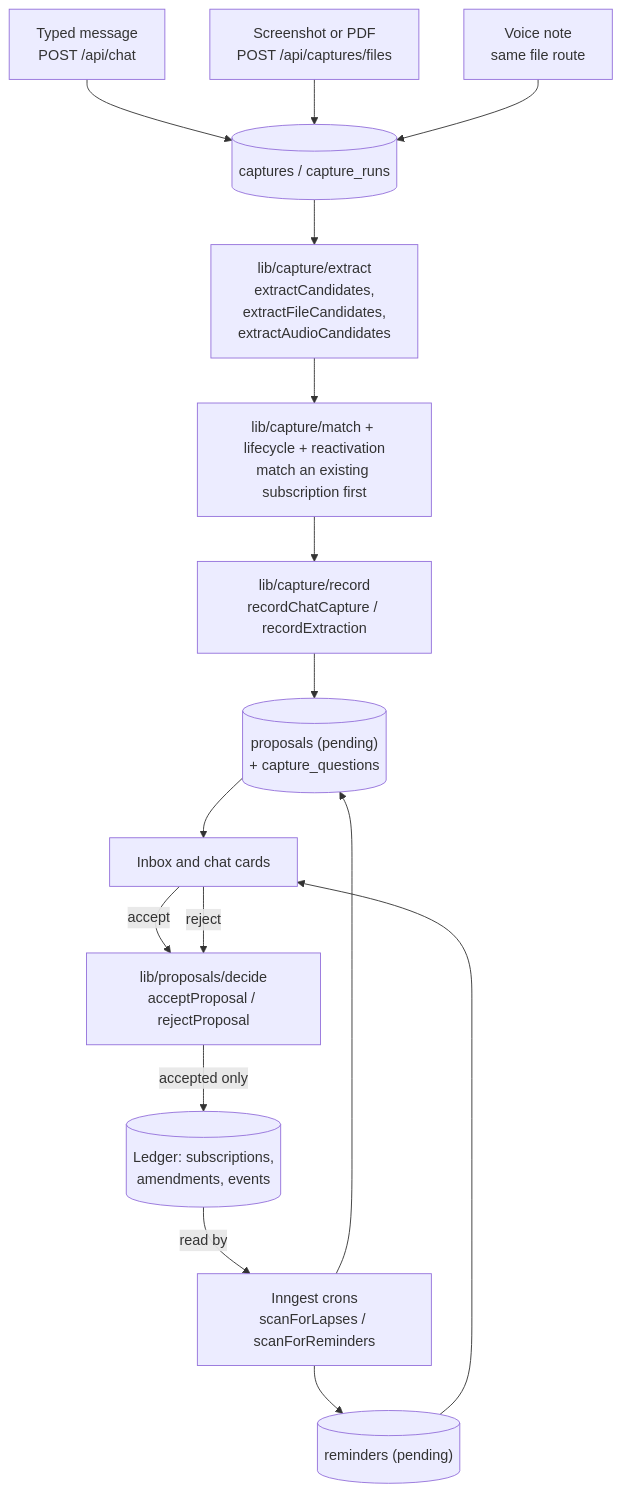
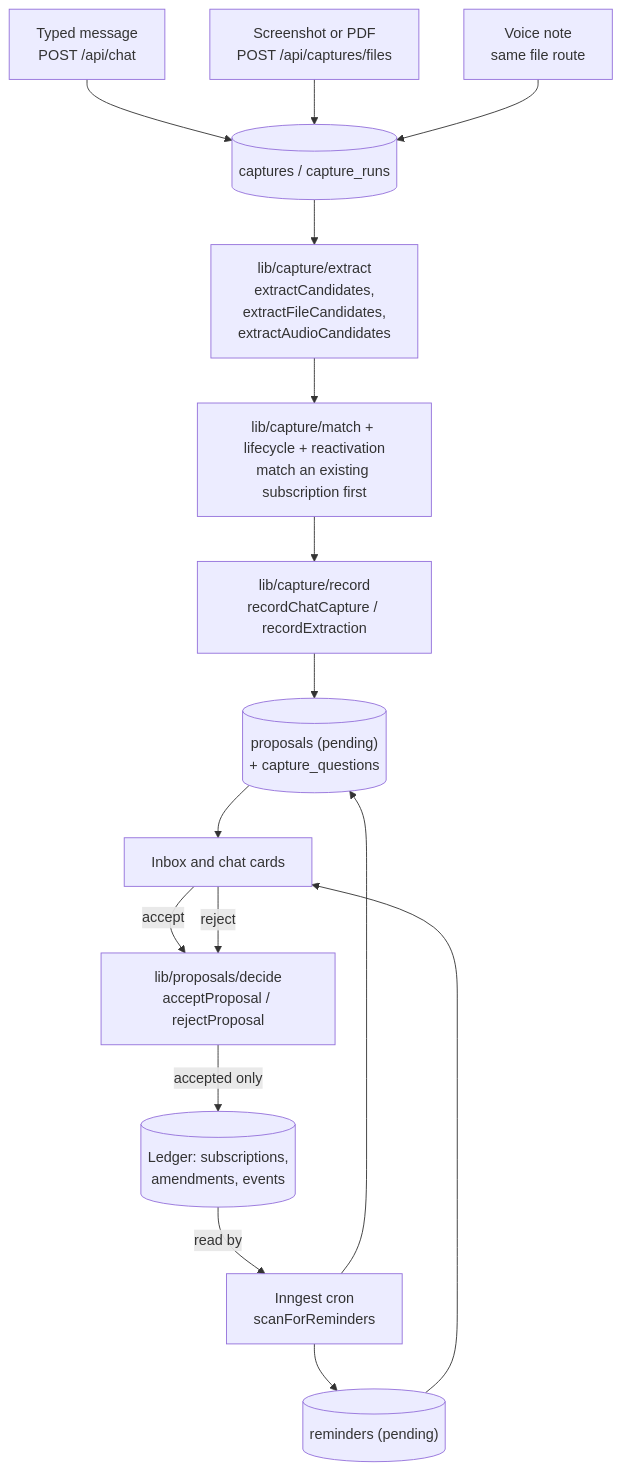
One commit to bhaveshbusa/subscription-records changed the second of 4 diagrams in docs/architecture.md. Above: the diagram before and after it, drawn with Mermaid. The commit also changed other lines of this file and 21 other files, not shown here.

````diff
--- a/docs/architecture.md
+++ b/docs/architecture.md
@@ -75,34 +78,34 @@
 ```mermaid
 flowchart TD
   msg["Typed message<br/>POST /api/chat"]
   file["Screenshot or PDF<br/>POST /api/captures/files"]
   voice["Voice note<br/>same file route"]
 
   captures[("captures / capture_runs")]
   extract["lib/capture/extract<br/>extractCandidates,<br/>extractFileCandidates,<br/>extractAudioCandidates"]
   match["lib/capture/match + lifecycle + reactivation<br/>match an existing subscription first"]
   record["lib/capture/record<br/>recordChatCapture / recordExtraction"]
   proposals[("proposals (pending)<br/>+ capture_questions")]
   inbox["Inbox and chat cards"]
   decide["lib/proposals/decide<br/>acceptProposal / rejectProposal"]
   ledger[("Ledger: subscriptions,<br/>amendments, events")]
 
-  scan["Inngest crons<br/>scanForLapses / scanForReminders"]
+  scan["Inngest cron<br/>scanForReminders"]
   reminders[("reminders (pending)")]
 
   msg --> captures
   file --> captures
   voice --> captures
   captures --> extract
   extract --> match
   match --> record
   record --> proposals
   proposals --> inbox
   inbox -- accept --> decide
   inbox -- reject --> decide
   decide -- "accepted only" --> ledger
   scan --> proposals
   scan --> reminders
   reminders --> inbox
   ledger -- "read by" --> scan
 ```
````
